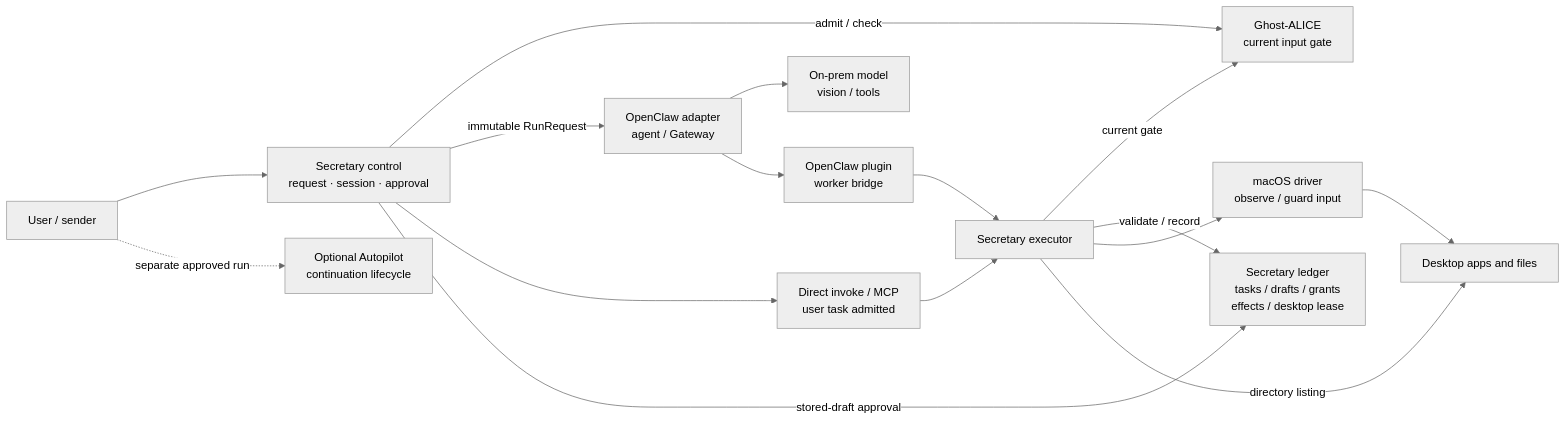
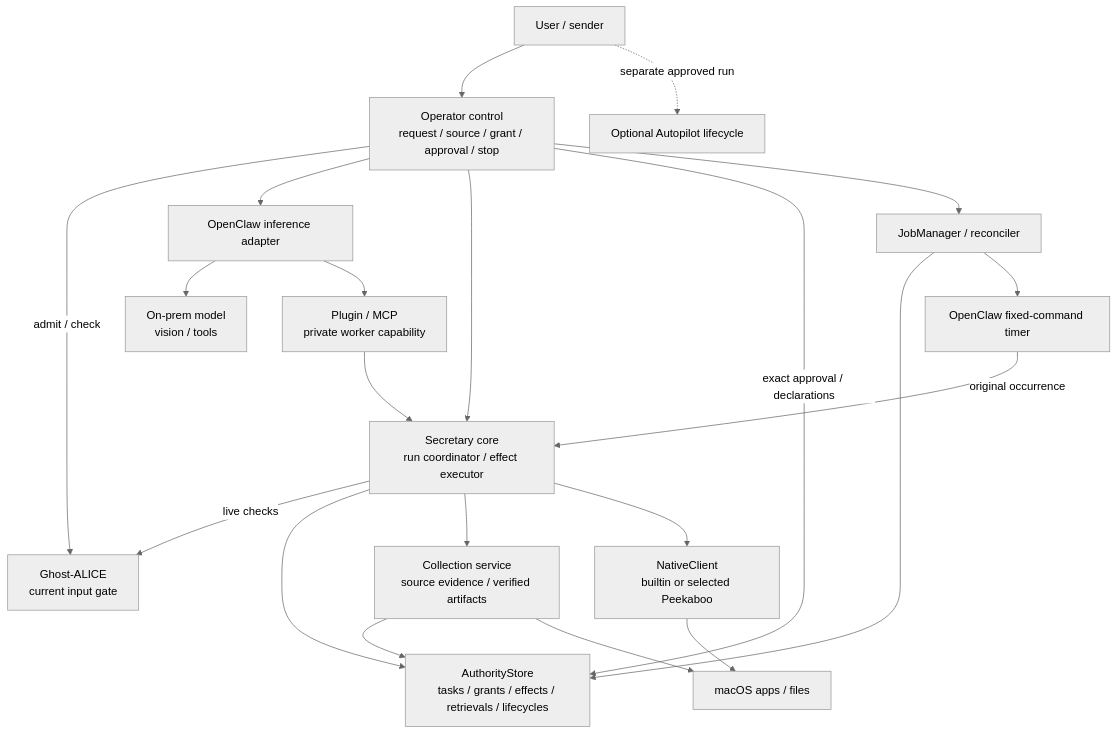
The diagram in README.md (AidALL/ghost-alice-ai-secretary), drawn with Mermaid (neutral theme) before and after one commit. The commit also changed other lines of this file and 746 other files, not shown here.

Commit message:
feat: add governed collection, timers and optional Peekaboo backend

````diff
--- a/README.md
+++ b/README.md
@@ -28,18 +30,23 @@
 ```mermaid
-flowchart LR
-    User["User / sender"] --> Control["Secretary control<br/>request · session · approval"]
+flowchart TB
+    User["User / sender"] --> Control["Operator control<br/>request / source / grant / approval / stop"]
     Control -->|"admit / check"| Ghost["Ghost-ALICE<br/>current input gate"]
-    Control -->|"immutable RunRequest"| Host["OpenClaw adapter<br/>agent / Gateway"]
+    Control --> Host["OpenClaw inference adapter"]
     Host --> Model["On-prem model<br/>vision / tools"]
-    Host --> Plugin["OpenClaw plugin<br/>worker bridge"]
-    Plugin --> Executor["Secretary executor"]
-    Control --> Direct["Direct invoke / MCP<br/>user task admitted"]
-    Direct --> Executor
-    Control -->|"stored-draft approval"| Ledger["Secretary ledger<br/>tasks / drafts / grants<br/>effects / desktop lease"]
-    Executor -->|"current gate"| Ghost
-    Executor -->|"validate / record"| Ledger
-    Executor --> Native["macOS driver<br/>observe / guard input"]
-    Native --> Desktop["Desktop apps and files"]
-    Executor -->|"directory listing"| Desktop
-    User -.->|"separate approved run"| Autopilot["Optional Autopilot<br/>continuation lifecycle"]
+    Host --> Worker["Plugin / MCP<br/>private worker capability"]
+    Control --> Core["Secretary core<br/>run coordinator / effect executor"]
+    Worker --> Core
+    Core -->|"live checks"| Ghost
+    Control -->|"exact approval / declarations"| Store["AuthorityStore<br/>tasks / grants / effects / retrievals / lifecycles"]
+    Core --> Store
+    Core --> Collect["Collection service<br/>source evidence / verified artifacts"]
+    Collect --> Store
+    Core --> Native["NativeClient<br/>builtin or selected Peekaboo"]
+    Native --> Desktop["macOS apps / files"]
+    Collect --> Desktop
+    Control --> Jobs["JobManager / reconciler"]
+    Jobs --> Store
+    Jobs --> Timer["OpenClaw fixed-command timer"]
+    Timer -->|"original occurrence"| Core
+    User -.->|"separate approved run"| Autopilot["Optional Autopilot lifecycle"]
 ```
````
